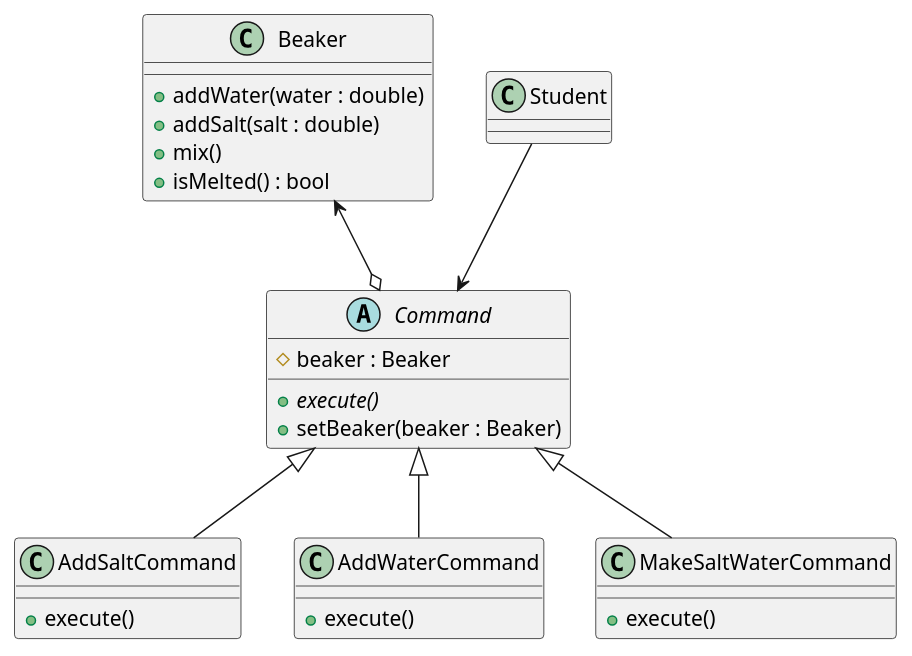
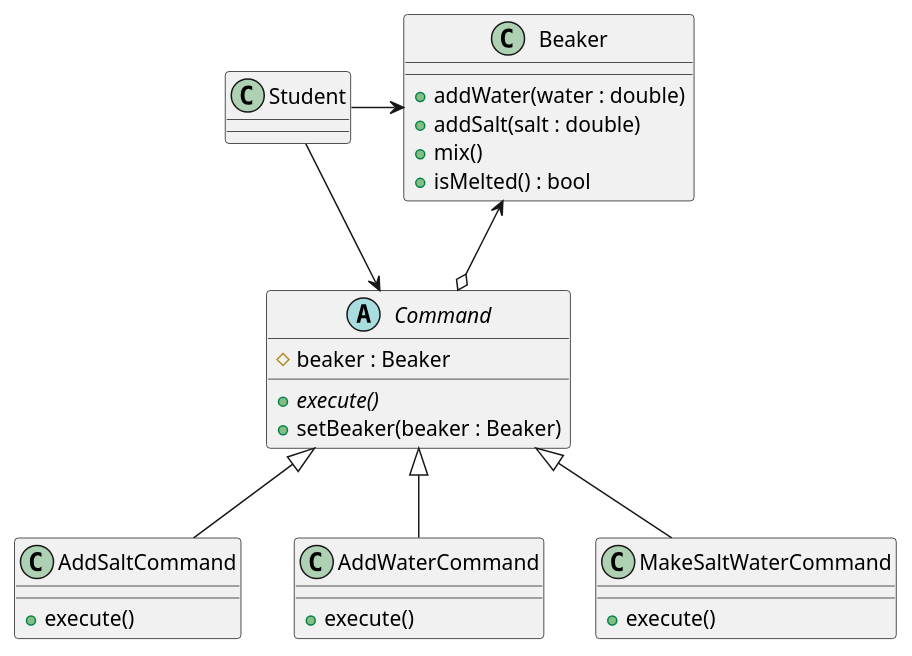
One commit to squallcloud/study_design_pattern changed the first of 2 diagrams in Command001/memo.md. Above: the diagram before and after it, drawn with PlantUML. The commit also changed other lines of this file, not shown here.

Commit message:
修正：クラス図を少し修正 (#3)

````diff
--- a/Command001/memo.md
+++ b/Command001/memo.md
@@ -63,33 +63,30 @@
     ```plantuml
     @startuml
     abstract Command {
         {field} #beaker : Beaker
         {abstract} +execute()
         {method} +setBeaker(beaker : Beaker)
     }
-    class AddSaltCommand {
+    class AddSaltCommand extends Command {
         {method} +execute()
     }
-    class AddWaterCommand {
+    class AddWaterCommand extends Command {
         {method} +execute()
     }
-    class MakeSaltWaterCommand {
+    class MakeSaltWaterCommand extends Command {
         {method} +execute()
     }
     class Beaker {
         {method} +addWater(water : double)
         {method} +addSalt(salt : double)
         {method} +mix()
         {method} +isMelted() : bool
     }
     class Student
 
-    Command <|-- AddSaltCommand
-    Command <|-- AddWaterCommand
-    Command <|-- MakeSaltWaterCommand
-
-    Student --> Command
-    Beaker <--o Command
+    Student -right-> Command
+    Student -right-> Beaker
+    Beaker <-down-o Command
 
     @enduml
     ```
````
